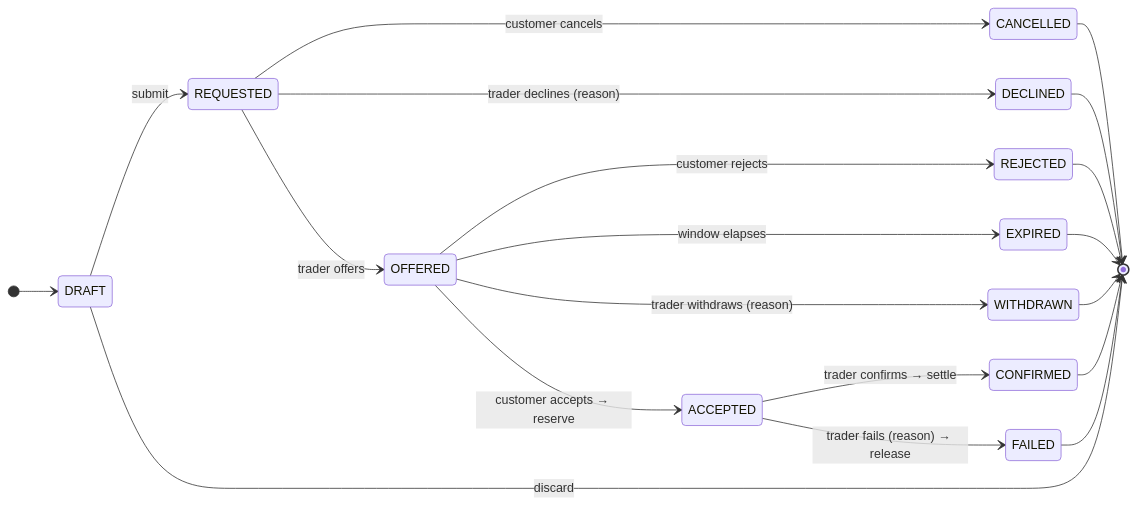
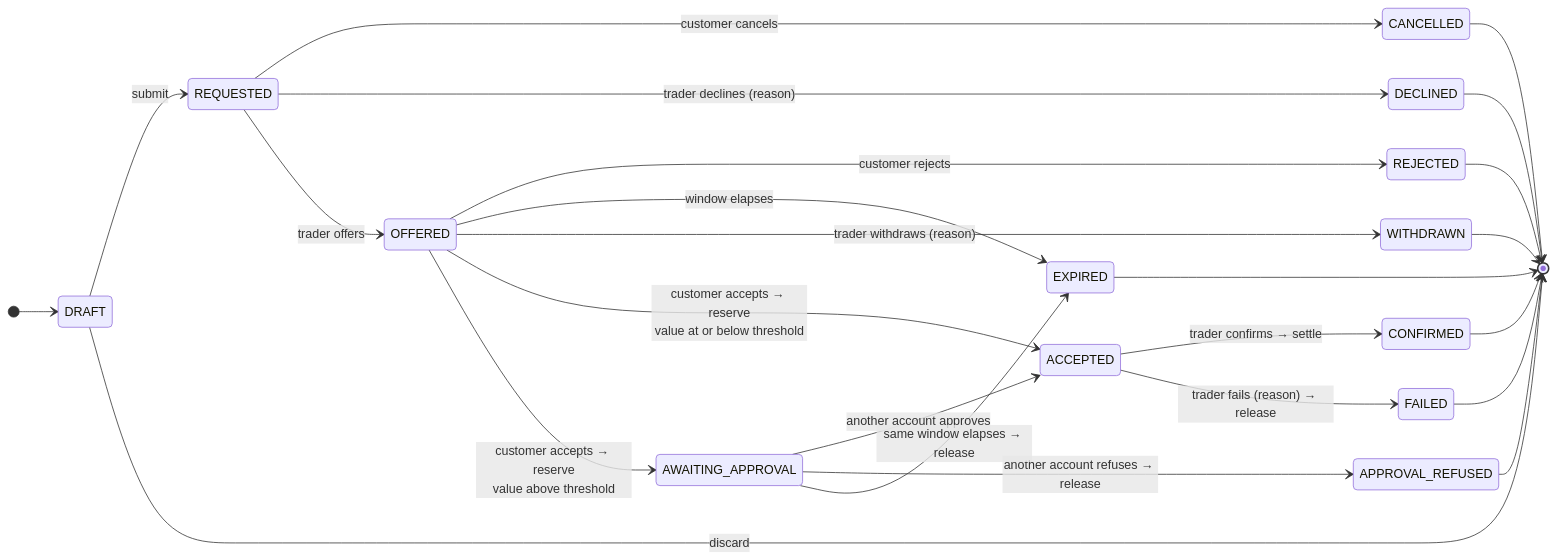
Before and after one commit to lukastosic-ifd/peakpowerspecs: the second of 6 diagrams in specs/40-processes/01-trade-lifecycle.md, drawn with Mermaid. The commit also changed other lines of this file and 43 other files, not shown here.

````diff
--- a/specs/40-processes/01-trade-lifecycle.md
+++ b/specs/40-processes/01-trade-lifecycle.md
@@ -68,27 +81,33 @@
 ```mermaid
 stateDiagram-v2
     direction LR
     [*] --> DRAFT
     DRAFT --> REQUESTED: submit
     DRAFT --> [*]: discard
 
     REQUESTED --> CANCELLED: customer cancels
     REQUESTED --> DECLINED: trader declines (reason)
     REQUESTED --> OFFERED: trader offers
 
     OFFERED --> REJECTED: customer rejects
     OFFERED --> EXPIRED: window elapses
     OFFERED --> WITHDRAWN: trader withdraws (reason)
-    OFFERED --> ACCEPTED: customer accepts → reserve
+    OFFERED --> ACCEPTED: customer accepts → reserve<br/>value at or below threshold
+    OFFERED --> AWAITING_APPROVAL: customer accepts → reserve<br/>value above threshold
+
+    AWAITING_APPROVAL --> ACCEPTED: another account approves
+    AWAITING_APPROVAL --> APPROVAL_REFUSED: another account refuses → release
+    AWAITING_APPROVAL --> EXPIRED: same window elapses → release
 
     ACCEPTED --> CONFIRMED: trader confirms → settle
     ACCEPTED --> FAILED: trader fails (reason) → release
 
     CONFIRMED --> [*]
     CANCELLED --> [*]
     DECLINED --> [*]
     REJECTED --> [*]
     EXPIRED --> [*]
     WITHDRAWN --> [*]
     FAILED --> [*]
+    APPROVAL_REFUSED --> [*]
 ```
````
